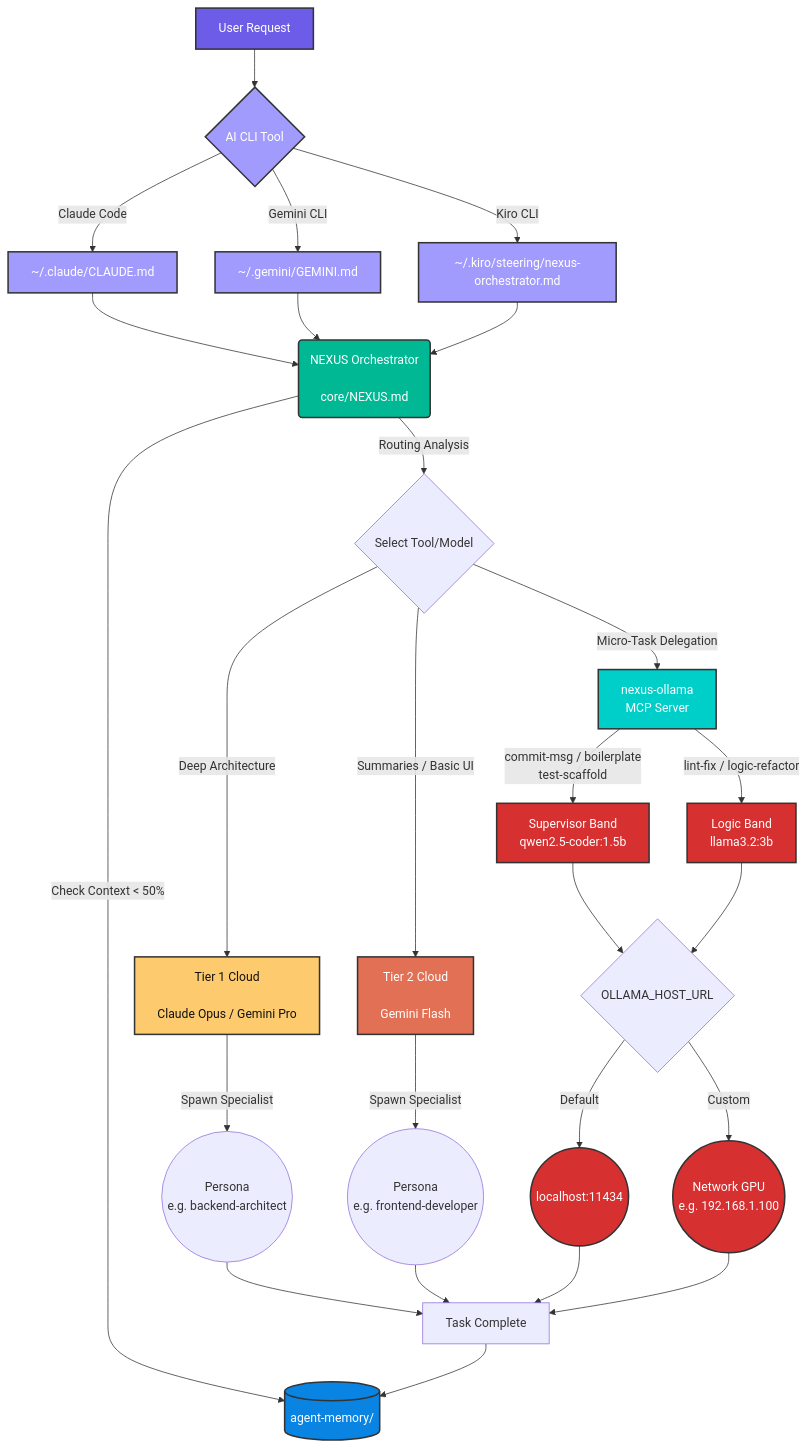
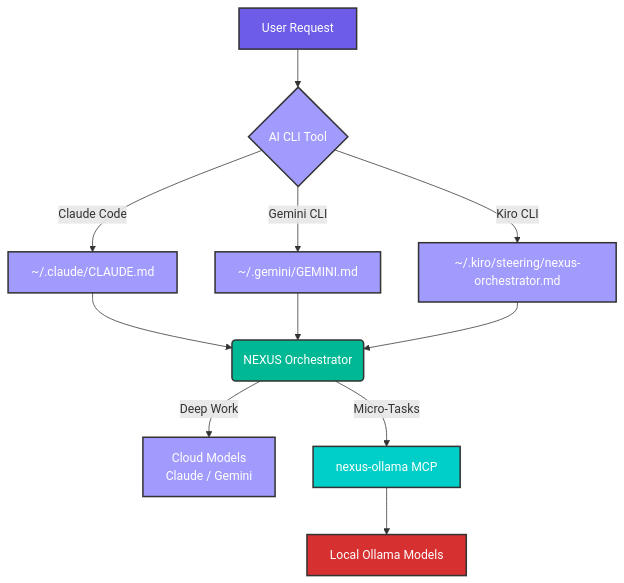
The diagram in README.md (canoo/agent-nexus), drawn with Mermaid before and after one commit. The commit also changed other lines of this file and 8 other files, not shown here.

````diff
--- a/README.md
+++ b/README.md
@@ -28,52 +38,21 @@
 ```mermaid
 graph TD
-    %% Define styles
     classDef user fill:#6c5ce7,stroke:#333,stroke-width:2px,color:#fff;
     classDef orchestrator fill:#00b894,stroke:#333,stroke-width:2px,color:#fff;
     classDef cli fill:#a29bfe,stroke:#333,stroke-width:2px,color:#fff;
-    classDef agentT1 fill:#fdcb6e,stroke:#333,stroke-width:2px,color:#111;
-    classDef agentT2 fill:#e17055,stroke:#333,stroke-width:2px,color:#fff;
     classDef mcp fill:#00cec9,stroke:#333,stroke-width:2px,color:#fff;
     classDef local fill:#d63031,stroke:#333,stroke-width:2px,color:#fff;
-    classDef memory fill:#0984e3,stroke:#333,stroke-width:2px,color:#fff;
 
-    %% Entry: User picks their CLI
     A[User Request]:::user --> CLI{AI CLI Tool}:::cli
     CLI -->|Claude Code| CC[~/.claude/CLAUDE.md]:::cli
     CLI -->|Gemini CLI| GC[~/.gemini/GEMINI.md]:::cli
     CLI -->|Kiro CLI| KC[~/.kiro/steering/nexus-orchestrator.md]:::cli
 
-    %% All CLIs load the same orchestrator
-    CC --> B(NEXUS Orchestrator<br/><br/>core/NEXUS.md):::orchestrator
+    CC --> B(NEXUS Orchestrator):::orchestrator
     GC --> B
     KC --> B
 
-    B -->|Check Context < 50%| M[(agent-memory/)]:::memory
-    B -->|Routing Analysis| R{Select Tool/Model}
-
-    %% Tier 1: Cloud — Deep work
-    R -->|Deep Architecture| T1[Tier 1 Cloud<br/><br/>Claude Opus / Gemini Pro]:::agentT1
-    T1 -->|Spawn Specialist| S1((Persona<br/>e.g. backend-architect))
-
-    %% Tier 2: Cloud — Fast work
-    R -->|Summaries / Basic UI| T2[Tier 2 Cloud<br/><br/>Gemini Flash]:::agentT2
-    T2 -->|Spawn Specialist| S2((Persona<br/>e.g. frontend-developer))
-
-    %% Tier 3: Local via MCP
-    R -->|Micro-Task Delegation| MCP[nexus-ollama<br/>MCP Server]:::mcp
-    MCP -->|commit-msg / boilerplate<br/>test-scaffold| SB[Supervisor Band<br/>qwen2.5-coder:1.5b]:::local
-    MCP -->|lint-fix / logic-refactor| LB[Logic Band<br/>llama3.2:3b]:::local
-
-    %% Ollama host routing
-    SB --> HOST{OLLAMA_HOST_URL}
-    LB --> HOST
-    HOST -->|Default| LocLLM((localhost:11434)):::local
-    HOST -->|Custom| NetLLM((Network GPU<br/>e.g. 192.168.1.100)):::local
-
-    %% Result cycle
-    S1 --> Final[Task Complete]
-    S2 --> Final
-    LocLLM --> Final
-    NetLLM --> Final
-    Final --> M
+    B -->|Deep Work| Cloud[Cloud Models<br/>Claude / Gemini]:::cli
+    B -->|Micro-Tasks| MCP[nexus-ollama MCP]:::mcp
+    MCP --> Local[Local Ollama Models]:::local
 ```
````
